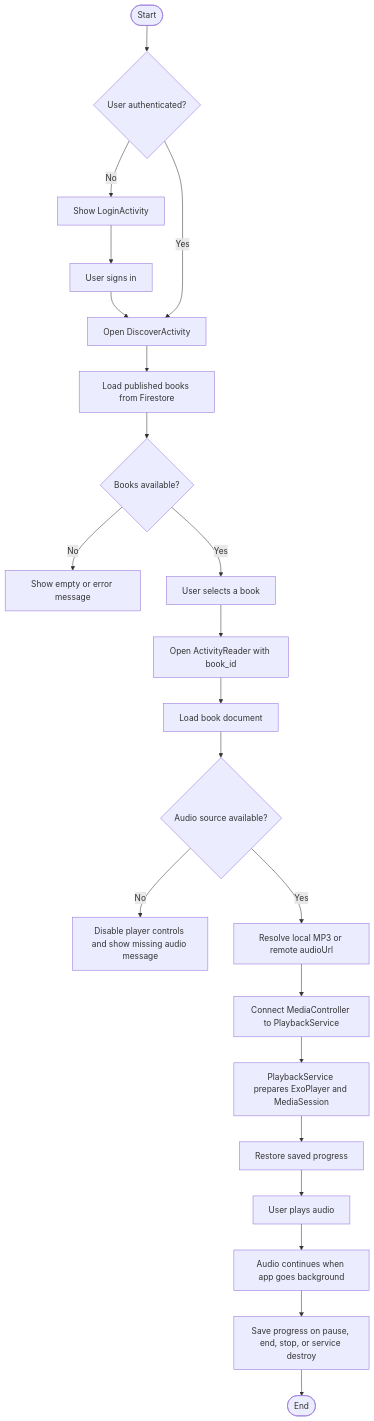
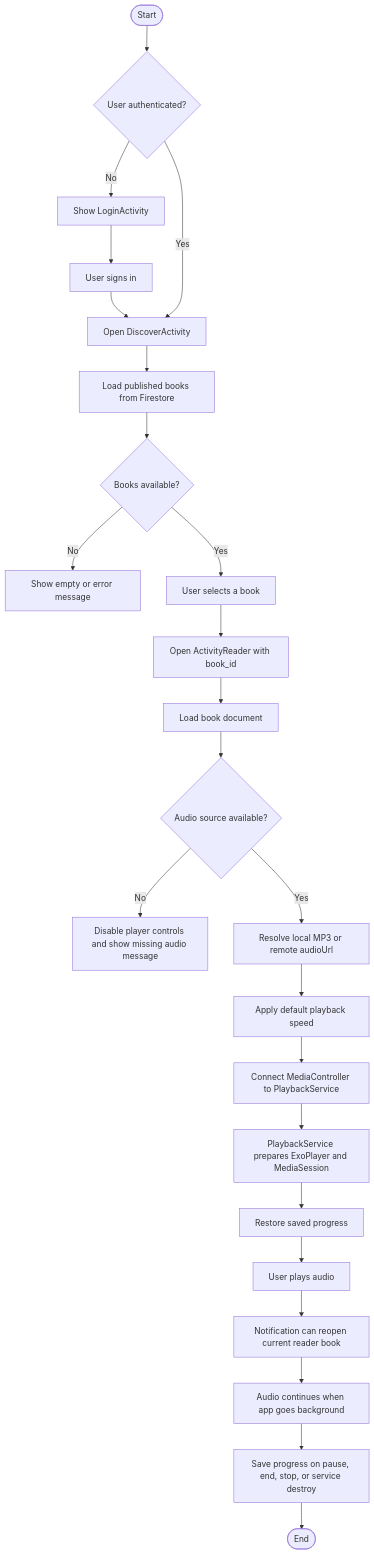
The third of 9 diagrams in README.md (LeeVuKhang/Fonos_Group13), drawn with Mermaid before and after one commit. The commit also changed other lines of this file, not shown here.

Commit message:
docs(readme): update audio preferences documentation

````diff
--- a/README.md
+++ b/README.md
@@ -357,24 +391,26 @@
 ```mermaid
 flowchart TD
     A([Start]) --> B{User authenticated?}
     B -- No --> C[Show LoginActivity]
     C --> D[User signs in]
     D --> E[Open DiscoverActivity]
     B -- Yes --> E
     E --> F[Load published books from Firestore]
     F --> G{Books available?}
     G -- No --> H[Show empty or error message]
     G -- Yes --> I[User selects a book]
     I --> J[Open ActivityReader with book_id]
     J --> K[Load book document]
     K --> L{Audio source available?}
     L -- No --> M[Disable player controls and show missing audio message]
     L -- Yes --> N[Resolve local MP3 or remote audioUrl]
-    N --> O[Connect MediaController to PlaybackService]
-    O --> P[PlaybackService prepares ExoPlayer and MediaSession]
-    P --> Q[Restore saved progress]
-    Q --> R[User plays audio]
-    R --> S[Audio continues when app goes background]
-    S --> T[Save progress on pause, end, stop, or service destroy]
-    T --> U([End])
+    N --> O[Apply default playback speed]
+    O --> P[Connect MediaController to PlaybackService]
+    P --> Q[PlaybackService prepares ExoPlayer and MediaSession]
+    Q --> R[Restore saved progress]
+    R --> S[User plays audio]
+    S --> T[Notification can reopen current reader book]
+    T --> V[Audio continues when app goes background]
+    V --> W[Save progress on pause, end, stop, or service destroy]
+    W --> X([End])
 ```
````
